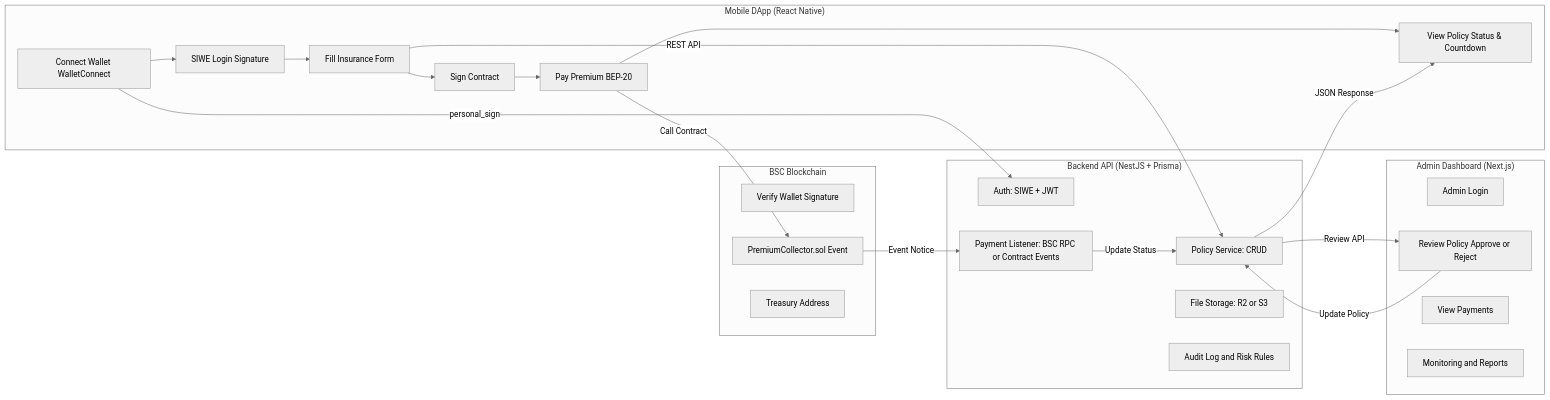
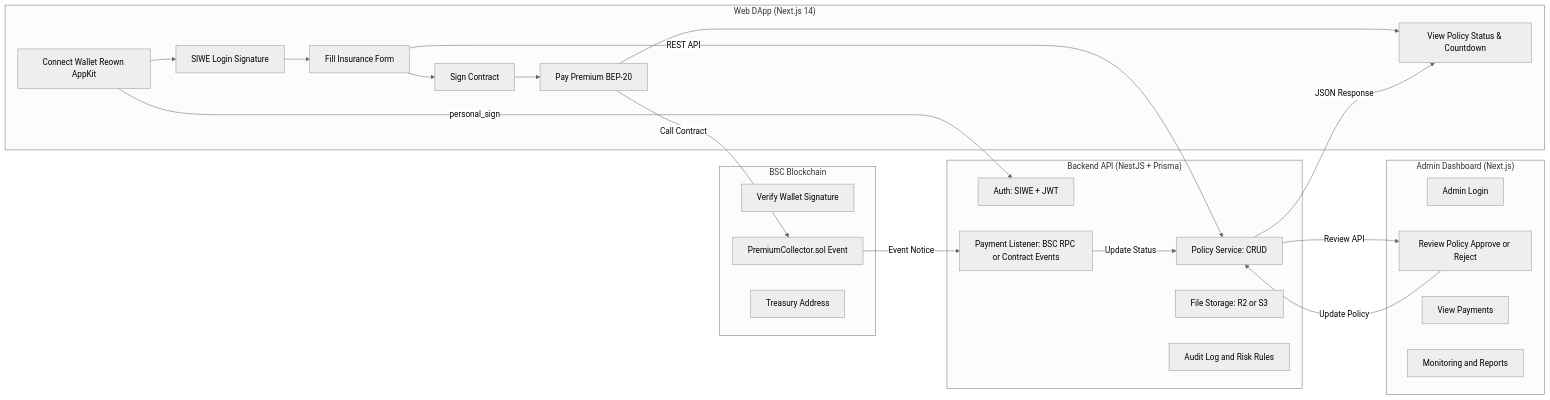
One commit to samztz/cohe-capitl-monorepo changed the diagram in README.md. Above: the diagram before and after it, drawn with Mermaid (neutral theme). The commit also changed other lines of this file and 34 other files, not shown here.

Commit message:
Wallet connect finally done, ui mock mostly done disconnect function done

````diff
--- a/README.md
+++ b/README.md
@@ -23,38 +27,38 @@
 ```mermaid
 flowchart LR
-  subgraph UserApp["Mobile DApp (React Native)"]
-    A1[Connect Wallet WalletConnect]
+  subgraph UserApp["Web DApp (Next.js 14)"]
+    A1[Connect Wallet Reown AppKit]
     A2[SIWE Login Signature]
     A3[Fill Insurance Form]
     A4[Sign Contract]
     A5[Pay Premium BEP-20]
     A6[View Policy Status & Countdown]
     A1 --> A2 --> A3 --> A4 --> A5 --> A6
   end
   subgraph API["Backend API (NestJS + Prisma)"]
     B1[Auth: SIWE + JWT]
     B2[Policy Service: CRUD]
     B3[Payment Listener: BSC RPC or Contract Events]
     B4[File Storage: R2 or S3]
     B5[Audit Log and Risk Rules]
   end
   subgraph Admin["Admin Dashboard (Next.js)"]
     C1[Admin Login]
     C2[Review Policy Approve or Reject]
     C3[View Payments]
     C4[Monitoring and Reports]
   end
   subgraph Chain["BSC Blockchain"]
     D1[Verify Wallet Signature]
     D2[PremiumCollector.sol Event]
     D3[Treasury Address]
   end
     A1-- personal_sign -->B1
     A3-- REST API -->B2
     A5-- Call Contract -->D2
     D2-- Event Notice -->B3
     B3-- Update Status -->B2
     B2-- Review API -->C2
     C2-- Update Policy -->B2
     B2-- JSON Response -->A6
 ```
````
